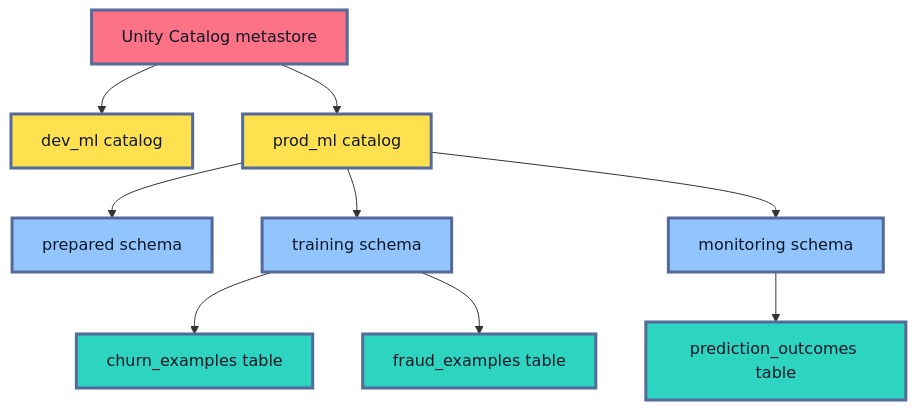
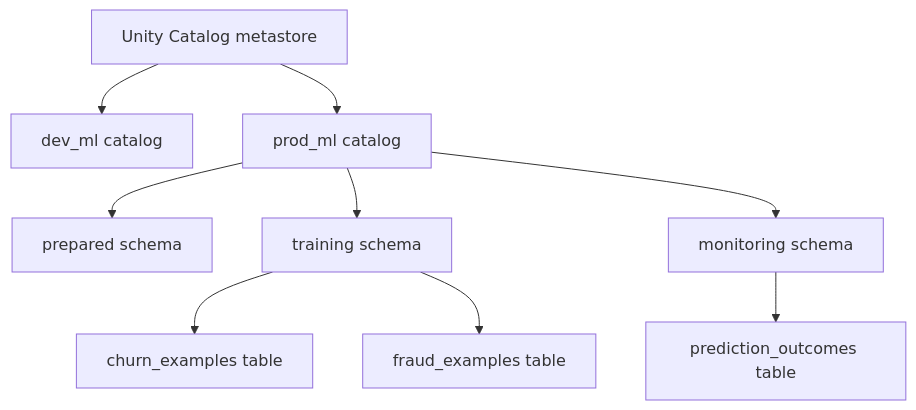
One commit to senlinyy/dev-roadmaps changed the second of 4 diagrams in roadmaps/mlops/modules/mlops-infrastructure/cloud-mlops-services/databricks-mlops/02-governed-ml-data-delta-lake-unity-catalog.md. Above: the diagram before and after it, drawn with Mermaid. The commit also changed other lines of this file and 152 other files, not shown here.

Commit message:
feat: mlops and diagrams updated

````diff
--- a/roadmaps/mlops/modules/mlops-infrastructure/cloud-mlops-services/databricks-mlops/02-governed-ml-data-delta-lake-unity-catalog.md
+++ b/roadmaps/mlops/modules/mlops-infrastructure/cloud-mlops-services/databricks-mlops/02-governed-ml-data-delta-lake-unity-catalog.md
@@ -240,20 +236,16 @@
 ```mermaid
 flowchart TD
     M["Unity Catalog metastore"] --> C1["dev_ml catalog"]
     M --> C2["prod_ml catalog"]
     C2 --> S1["prepared schema"]
     C2 --> S2["training schema"]
     C2 --> S3["monitoring schema"]
     S2 --> T1["churn_examples table"]
     S2 --> T2["fraud_examples table"]
     S3 --> T3["prediction_outcomes table"]
 
-    classDef metastore fill:#FB7185,stroke:#536A9A,stroke-width:3px,color:#111827
-    classDef catalog fill:#FFE04F,stroke:#536A9A,stroke-width:3px,color:#111827
-    classDef schema fill:#93C5FD,stroke:#536A9A,stroke-width:3px,color:#0F172A
-    classDef object fill:#2DD4BF,stroke:#536A9A,stroke-width:3px,color:#0F172A
     class M metastore
     class C1,C2 catalog
     class S1,S2,S3 schema
     class T1,T2,T3 object
 ```
````
